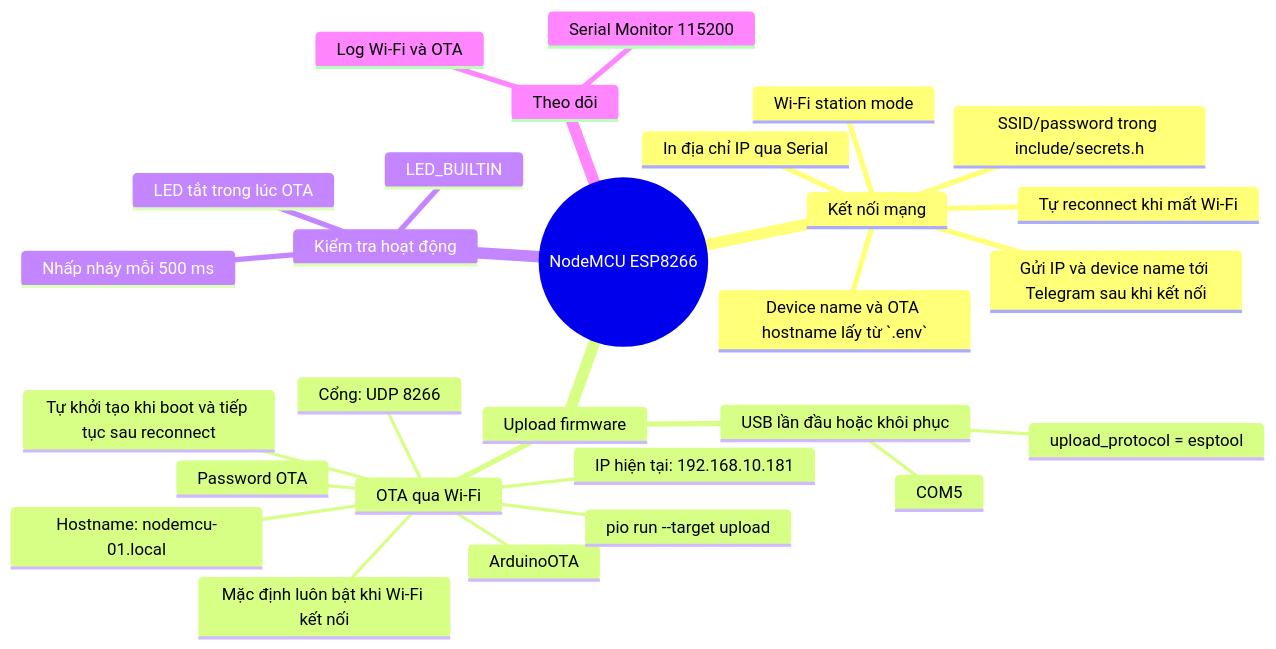
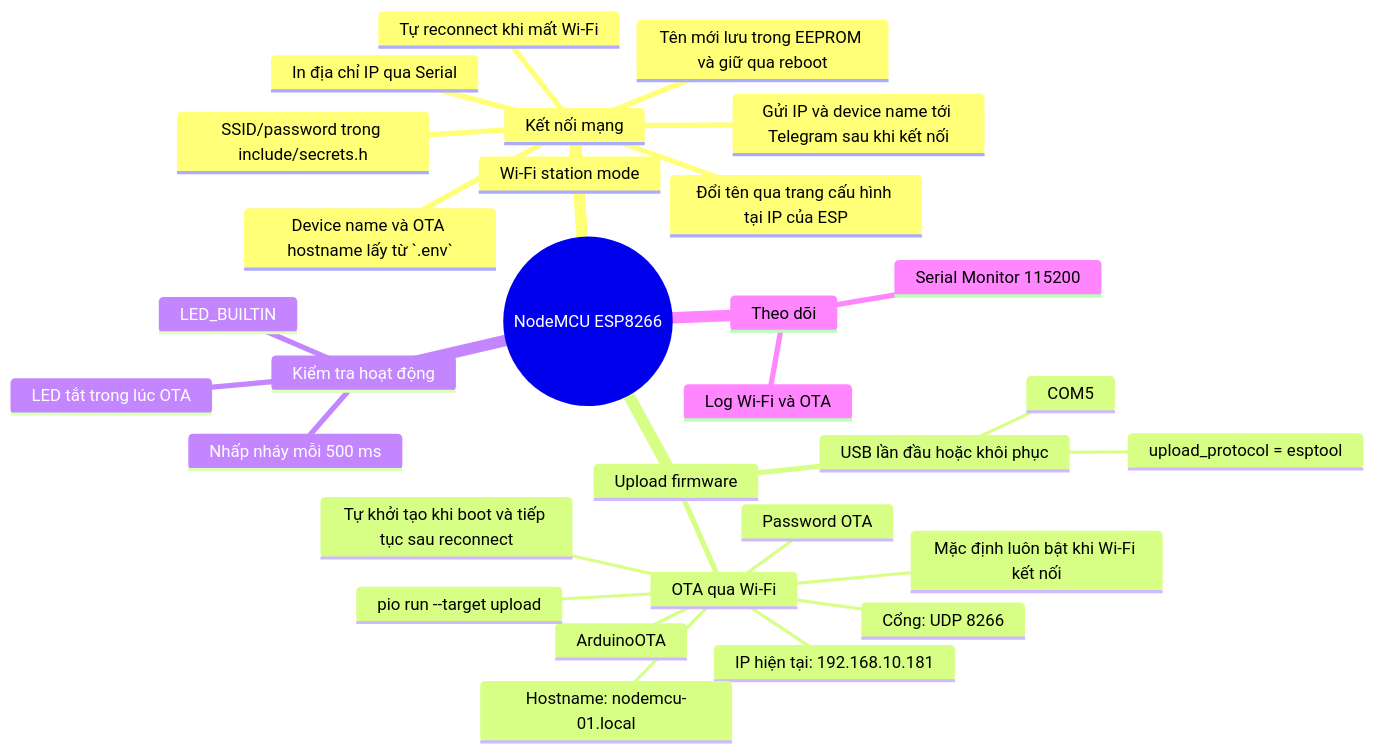
One commit to banditpoker/HOME_SERVER changed the diagram in apps/Esp32/ESP_FEATURE_MAP.md. Above: the diagram before and after it, drawn with Mermaid. The commit also changed other lines of this file and 1 other file, not shown here.

````diff
--- a/apps/Esp32/ESP_FEATURE_MAP.md
+++ b/apps/Esp32/ESP_FEATURE_MAP.md
@@ -9,31 +9,33 @@
 ```mermaid
 mindmap
   root((NodeMCU ESP8266))
     Kết nối mạng
       Wi-Fi station mode
       SSID/password trong include/secrets.h
       Device name và OTA hostname lấy từ `.env`
+      Đổi tên qua trang cấu hình tại IP của ESP
+      Tên mới lưu trong EEPROM và giữ qua reboot
       Tự reconnect khi mất Wi-Fi
       In địa chỉ IP qua Serial
       Gửi IP và device name tới Telegram sau khi kết nối
     Upload firmware
       USB lần đầu hoặc khôi phục
         COM5
         upload_protocol = esptool
       OTA qua Wi-Fi
         ArduinoOTA
         Mặc định luôn bật khi Wi-Fi kết nối
         Tự khởi tạo khi boot và tiếp tục sau reconnect
         IP hiện tại: 192.168.10.181
         Hostname: nodemcu-01.local
         Cổng: UDP 8266
         Password OTA
         pio run --target upload
     Kiểm tra hoạt động
       LED_BUILTIN
       Nhấp nháy mỗi 500 ms
       LED tắt trong lúc OTA
     Theo dõi
       Serial Monitor 115200
       Log Wi-Fi và OTA
 ```
````
